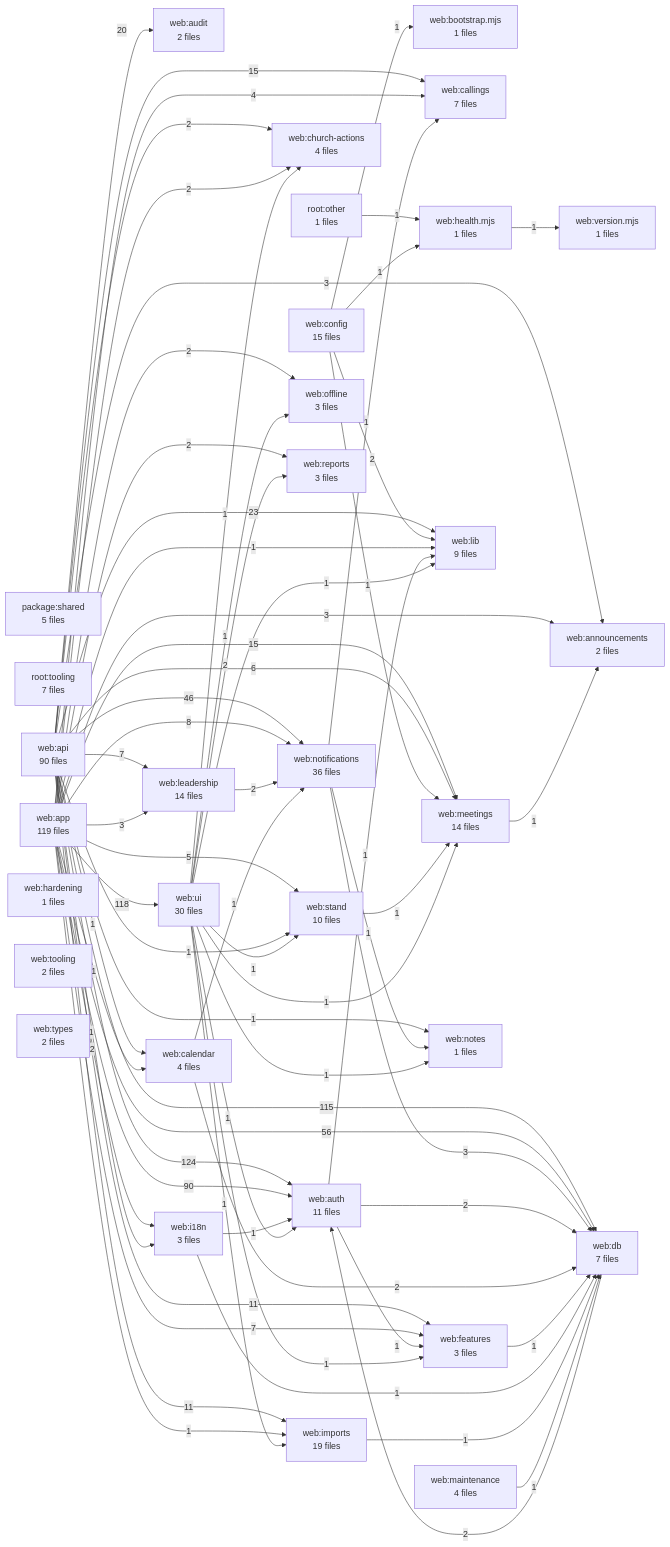
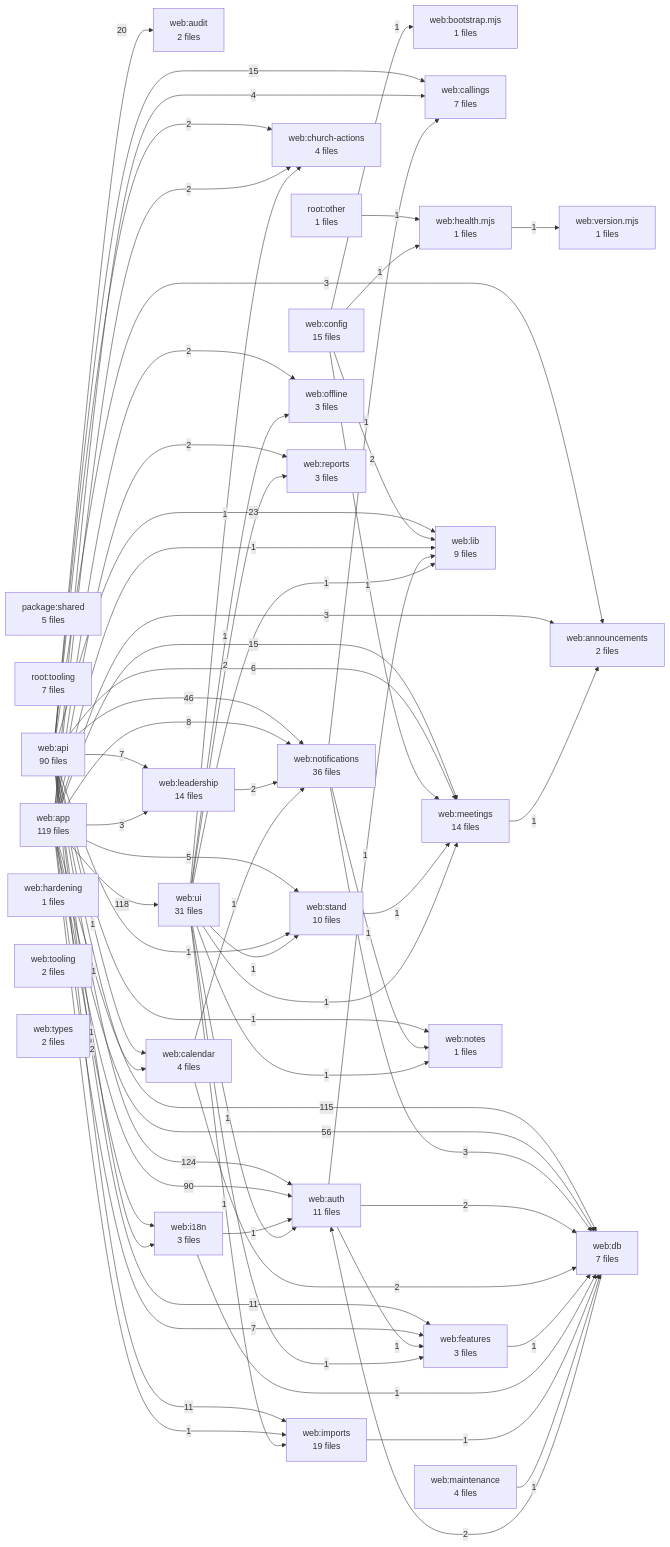
One commit to kalebhall/the-stand changed the diagram in docs/DEPENDENCY_GRAPH.md. Above: the diagram before and after it, drawn with Mermaid. The commit also changed other lines of this file and 7 other files, not shown here.

```diff
--- a/docs/DEPENDENCY_GRAPH.md
+++ b/docs/DEPENDENCY_GRAPH.md
@@ -40,7 +40,7 @@
   A28["web:stand<br/>10 files"]
   A29["web:tooling<br/>2 files"]
   A30["web:types<br/>2 files"]
-  A31["web:ui<br/>30 files"]
+  A31["web:ui<br/>31 files"]
   A32["web:version.mjs<br/>1 files"]
   A5 -->|124| A8
   A6 -->|118| A31
```
